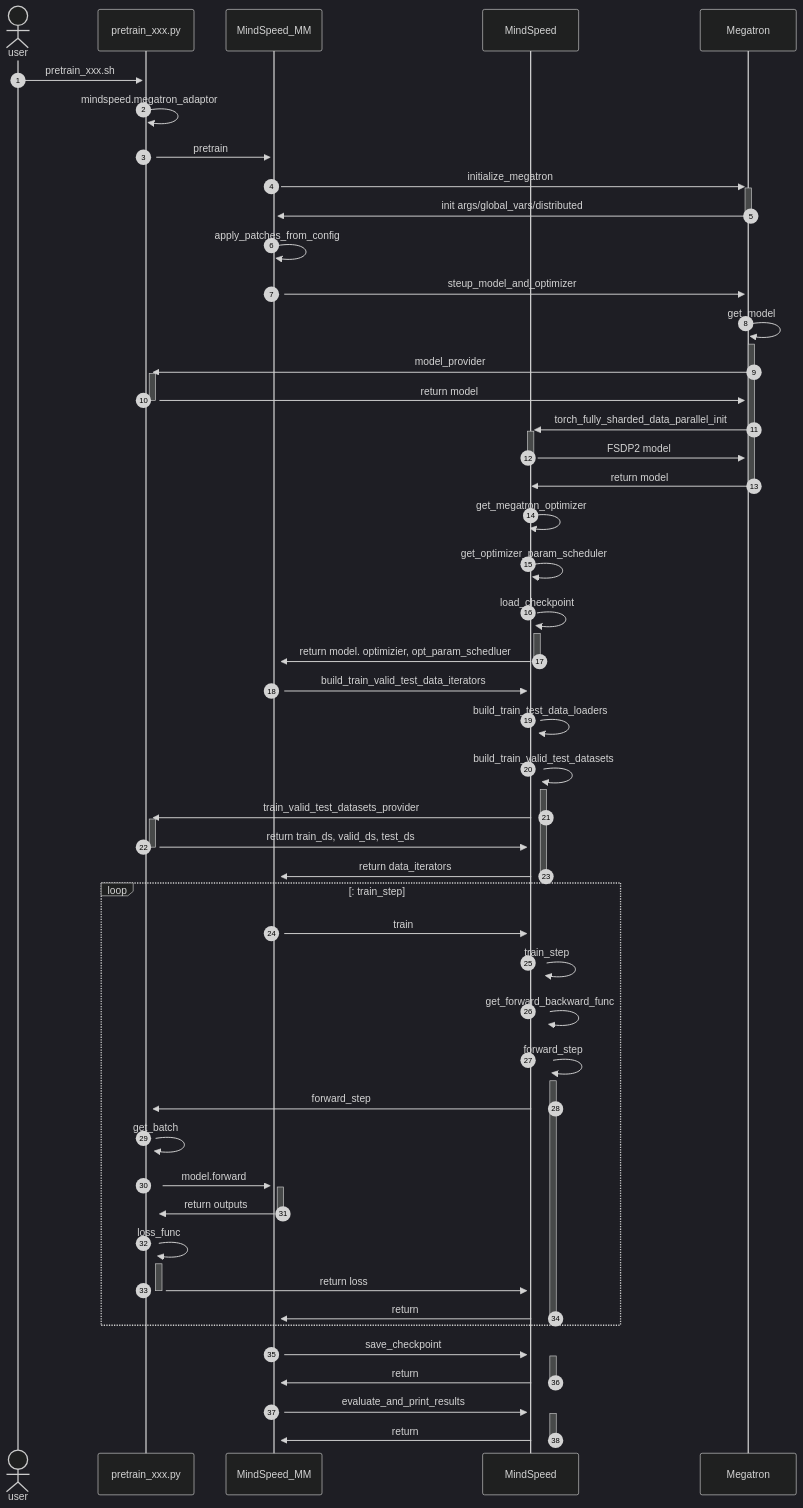
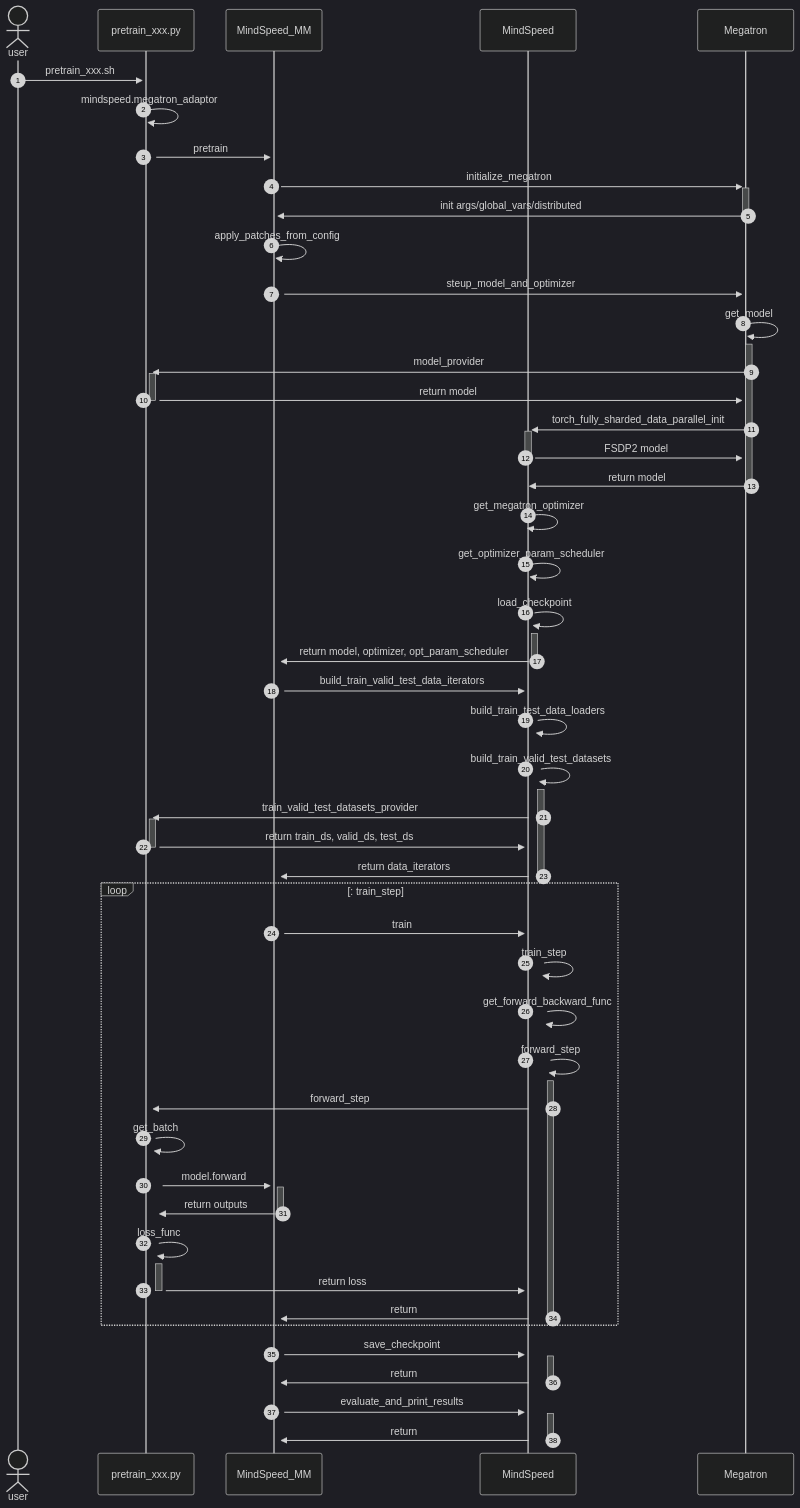
The diagram in docs/user-guide/introduction.md (Ascend/MindSpeed-MM), drawn with Mermaid (dark theme) before and after one commit. The commit also changed other lines of this file, not shown here.

Commit message:
[Docs]Correct the wrong words.

# message auto-generated for no-merge-commit merge:
!1881 merge docs into master

[Docs]Correct the wrong words.

Description: ## Motivation

Correct the wrong words.

## Modification

Please briefly describe what modification is made in this PR.

## Self-test (Optional)

If modifications to this PR may cause/fix function/accuracy/performance DTSs/issues, a self-inspection record needs to be attached.

## BC-breaking (Optional)

If there are compatibility issues, such as dependencies on cann/torch_npu versions, they need to be explained in the PR.

## Checklist

**Before PR**:

- [x] The new code needs to comply with the Clean Code specification.
- [x] The PR content is self-checked, and the expression can be clear and the writing standardized

**After PR**:

- [x] CLA has been signed and all committers have signed the CLA in this PR.
- [x] The ci-pipeline is passed, Code Check	is passed.

See merge request: Ascend/MindSpeed-MM!1881

````diff
--- a/docs/user-guide/introduction.md
+++ b/docs/user-guide/introduction.md
@@ -41,50 +41,50 @@
 ```mermaid
 sequenceDiagram
 actor user
 participant A as pretrain_xxx.py
 participant B as MindSpeed_MM
 participant C as MindSpeed
 participant D as Megatron
 
 autonumber
 user->>+A: pretrain_xxx.sh
 A->>+A: mindspeed.megatron_adaptor
 A->>+B: pretrain
 B->>+D: initialize_megatron
 D->>-B: init args/global_vars/distributed
 B->>+B: apply_patches_from_config
 B->>+D: steup_model_and_optimizer
 D->>+D: get_model
 D->>+A: model_provider
 A->>-D: return model
 D->>+C: torch_fully_sharded_data_parallel_init
 C->>-D: FSDP2 model
 D->>-C: return model
 C->>+C: get_megatron_optimizer
 C->>+C: get_optimizer_param_scheduler
 C->>+C: load_checkpoint
-C->>-B: return model. optimizier, opt_param_schedluer
+C->>-B: return model, optimizer, opt_param_scheduler
 B->>+C: build_train_valid_test_data_iterators
 C->>+C: build_train_test_data_loaders
 C->>+C: build_train_valid_test_datasets
 C->>+A: train_valid_test_datasets_provider
 A->>-C: return train_ds, valid_ds, test_ds
 C->>-B: return data_iterators
 loop: train_step
 B->>+C: train
 C->>+C: train_step
 C->>+C: get_forward_backward_func
 C->>+C: forward_step
 C->>+A: forward_step
 A->>+A: get_batch
 A->>+B: model.forward
 B->>-A: return outputs
 A->>+A: loss_func
 A->>-C: return loss
 C->>-B: return
 end
 B->>+C: save_checkpoint
 C->>-B:  return
 B->>+C: evaluate_and_print_results
 C->>-B: return
 ```
````
